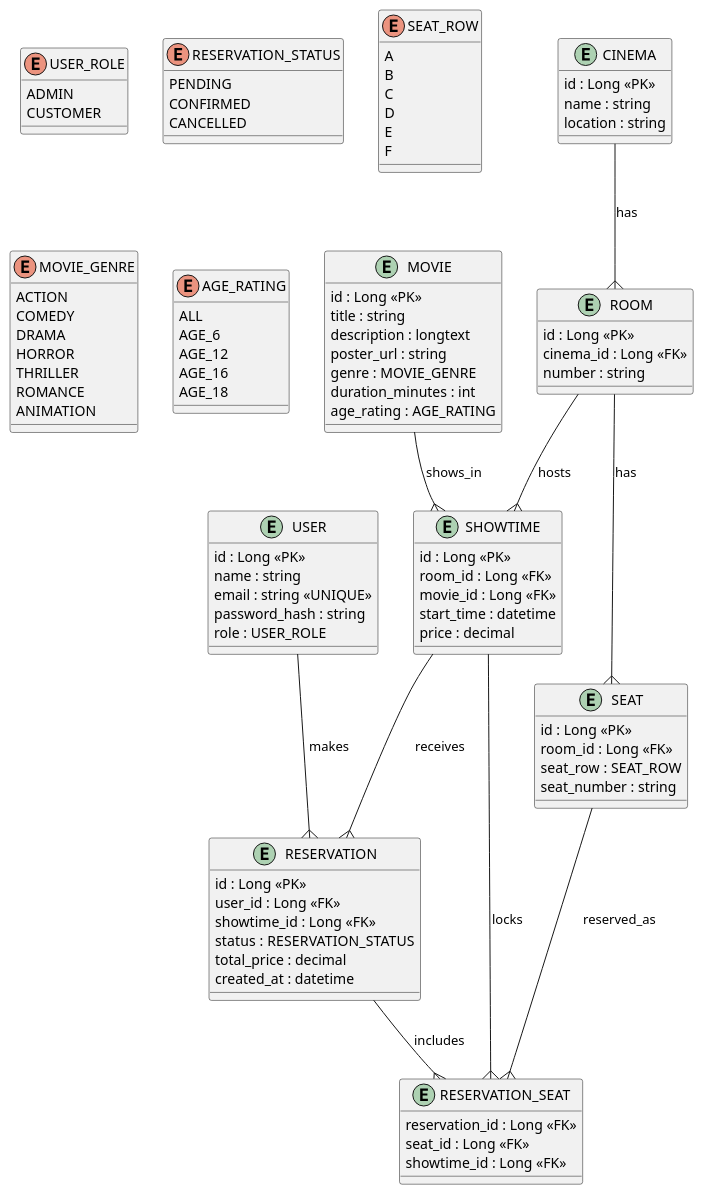
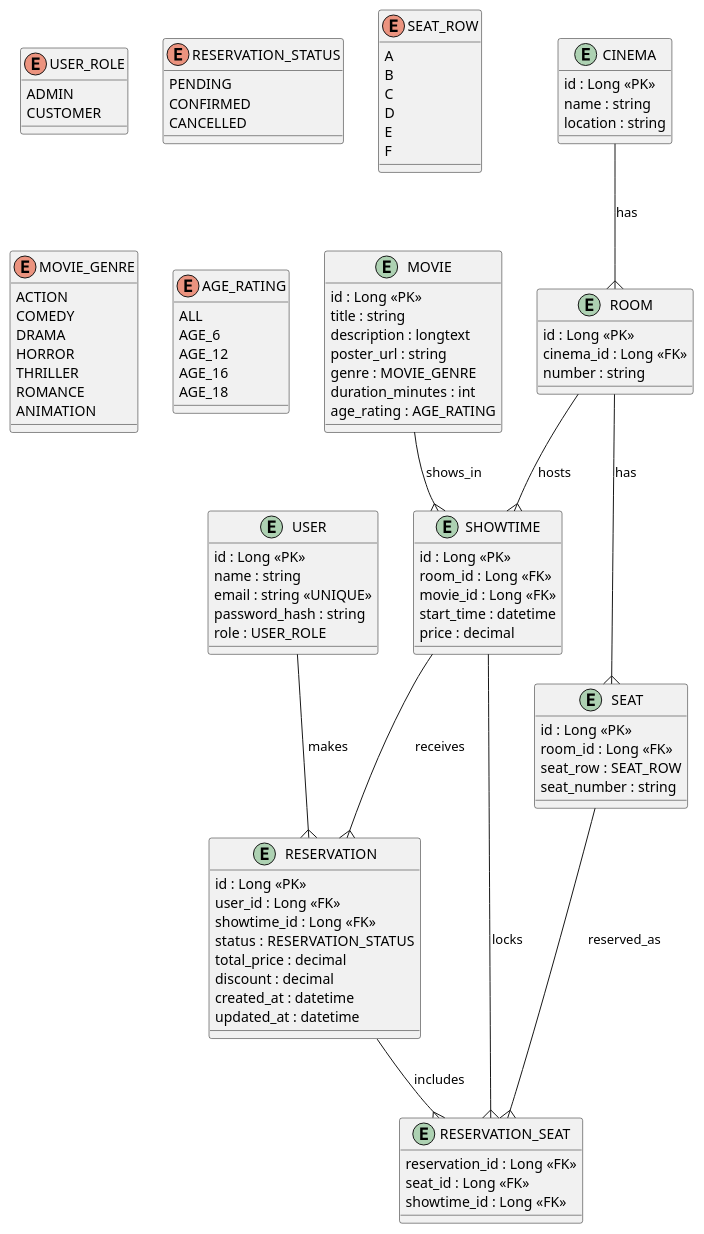
One commit to hugobumba/cinema-system changed the diagram in docs/class-diagram..puml. Above: the diagram before and after it, drawn with PlantUML. The commit also changed 1 other file, not shown here.

Commit message:
docs: diagrams updated

```diff
--- a/docs/class-diagram..puml
+++ b/docs/class-diagram..puml
@@ -1,115 +1,117 @@
 @startuml
 
 enum USER_ROLE {
     ADMIN
     CUSTOMER
 }
 
 enum RESERVATION_STATUS {
     PENDING
     CONFIRMED
     CANCELLED
 }
 
 enum SEAT_ROW {
     A
     B
     C
     D
     E
     F
 }
 
 enum MOVIE_GENRE {
     ACTION
     COMEDY
     DRAMA
     HORROR
     THRILLER
     ROMANCE
     ANIMATION
 }
 
 enum AGE_RATING {
     ALL
     AGE_6
     AGE_12
     AGE_16
     AGE_18
 }
 
 
 
 entity USER {
     id : Long <<PK>>
     name : string
     email : string <<UNIQUE>>
     password_hash : string
     role : USER_ROLE
 }
 
 entity CINEMA {
     id : Long <<PK>>
     name : string
     location : string
 }
 
 entity ROOM {
     id : Long <<PK>>
     cinema_id : Long <<FK>>
     number : string
 }
 
 entity SEAT {
     id : Long <<PK>>
     room_id : Long <<FK>>
     seat_row : SEAT_ROW
     seat_number : string
 }
 
 entity MOVIE {
     id : Long <<PK>>
     title : string
     description : longtext
     poster_url : string
     genre : MOVIE_GENRE
     duration_minutes : int
     age_rating : AGE_RATING
 }
 
 entity SHOWTIME {
     id : Long <<PK>>
     room_id : Long <<FK>>
     movie_id : Long <<FK>>
     start_time : datetime
     price : decimal
 }
 
 entity RESERVATION {
     id : Long <<PK>>
     user_id : Long <<FK>>
     showtime_id : Long <<FK>>
     status : RESERVATION_STATUS
     total_price : decimal
+    discount : decimal
     created_at : datetime
+    updated_at : datetime
 }
 
 entity RESERVATION_SEAT {
     reservation_id : Long <<FK>>
     seat_id : Long <<FK>>
     showtime_id : Long <<FK>>
 }
 
 
 
 USER --{ RESERVATION : makes
 CINEMA --{ ROOM : has
 ROOM --{ SEAT : has
 ROOM --{ SHOWTIME : hosts
 MOVIE --{ SHOWTIME : shows_in
 SHOWTIME --{ RESERVATION : receives
 RESERVATION --{ RESERVATION_SEAT : includes
 SEAT --{ RESERVATION_SEAT : reserved_as
 SHOWTIME --{ RESERVATION_SEAT : locks
 
 @enduml
```
